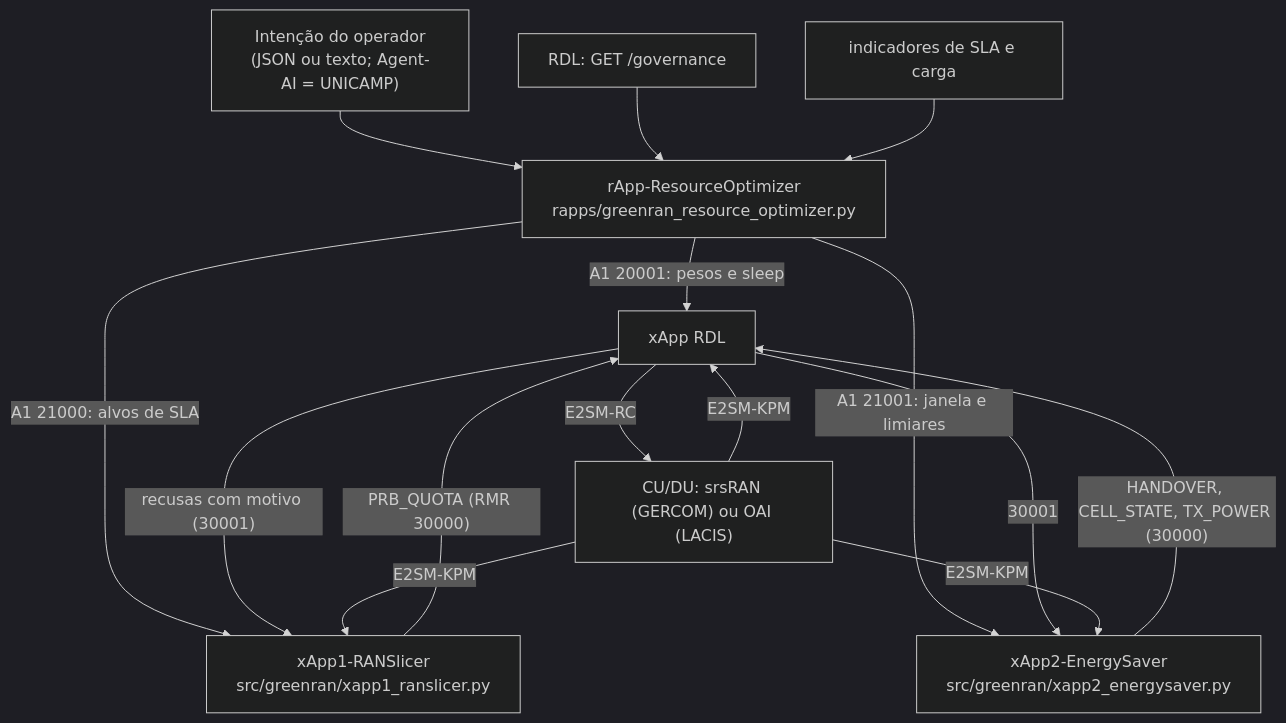
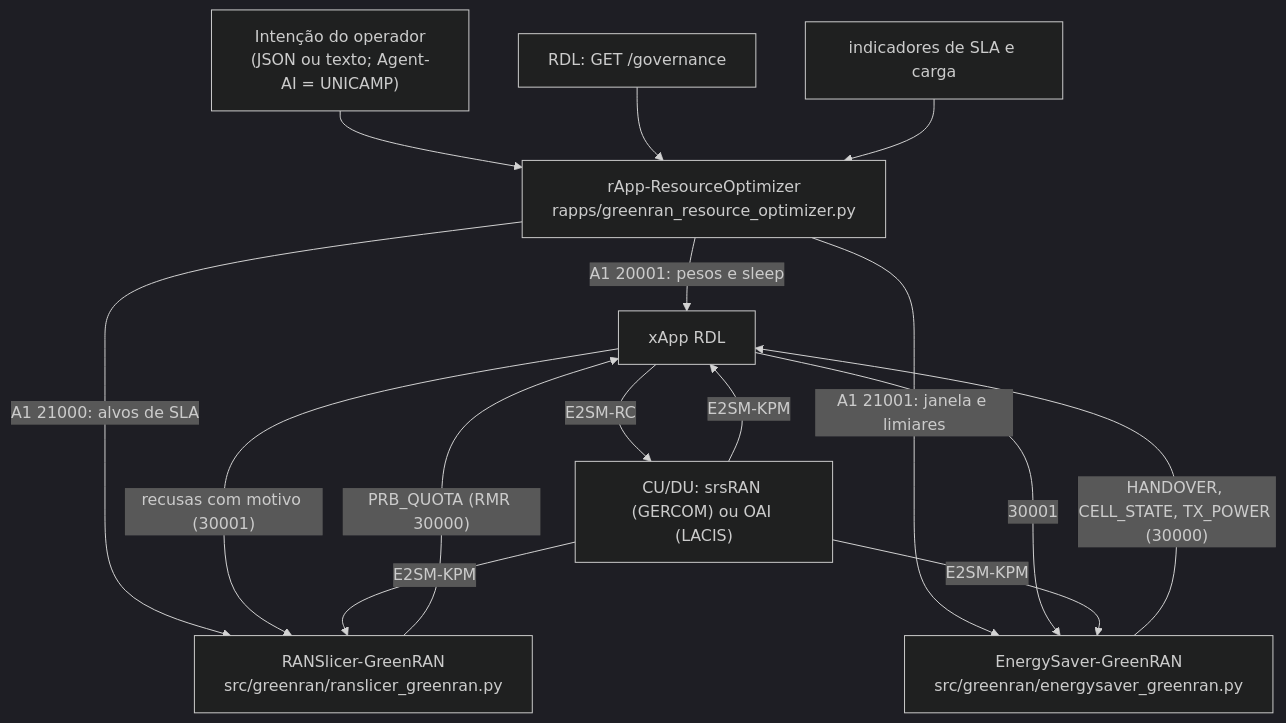
One commit to georgebarbosa3090/XApp-RDL-F1 changed the diagram in docs/12_greenran_xapps_rapp_e_testbed.md. Above: the diagram before and after it, drawn with Mermaid (dark theme). The commit also changed other lines of this file and 111 other files, not shown here.

````diff
--- a/docs/12_greenran_xapps_rapp_e_testbed.md
+++ b/docs/12_greenran_xapps_rapp_e_testbed.md
@@ -9,17 +9,17 @@
 ```mermaid
 flowchart TD
     I["Intenção do operador<br/>(JSON ou texto; Agent-AI = UNICAMP)"] --> R["rApp-ResourceOptimizer<br/>rapps/greenran_resource_optimizer.py"]
     G["RDL: GET /governance"] --> R
     K["indicadores de SLA e carga"] --> R
     R -->|"A1 20001: pesos e sleep"| H["xApp RDL"]
-    R -->|"A1 21000: alvos de SLA"| X1["xApp1-RANSlicer<br/>src/greenran/xapp1_ranslicer.py"]
-    R -->|"A1 21001: janela e limiares"| X2["xApp2-EnergySaver<br/>src/greenran/xapp2_energysaver.py"]
+    R -->|"A1 21000: alvos de SLA"| X1["RANSlicer-GreenRAN<br/>src/greenran/ranslicer_greenran.py"]
+    R -->|"A1 21001: janela e limiares"| X2["EnergySaver-GreenRAN<br/>src/greenran/energysaver_greenran.py"]
     X1 -->|"PRB_QUOTA (RMR 30000)"| H
     X2 -->|"HANDOVER, CELL_STATE, TX_POWER (30000)"| H
     H -->|"recusas com motivo (30001)"| X1
     H -->|"30001"| X2
     H -->|"E2SM-RC"| N["CU/DU: srsRAN (GERCOM) ou OAI (LACIS)"]
     N -->|"E2SM-KPM"| X1
     N -->|"E2SM-KPM"| X2
     N -->|"E2SM-KPM"| H
 ```
````
